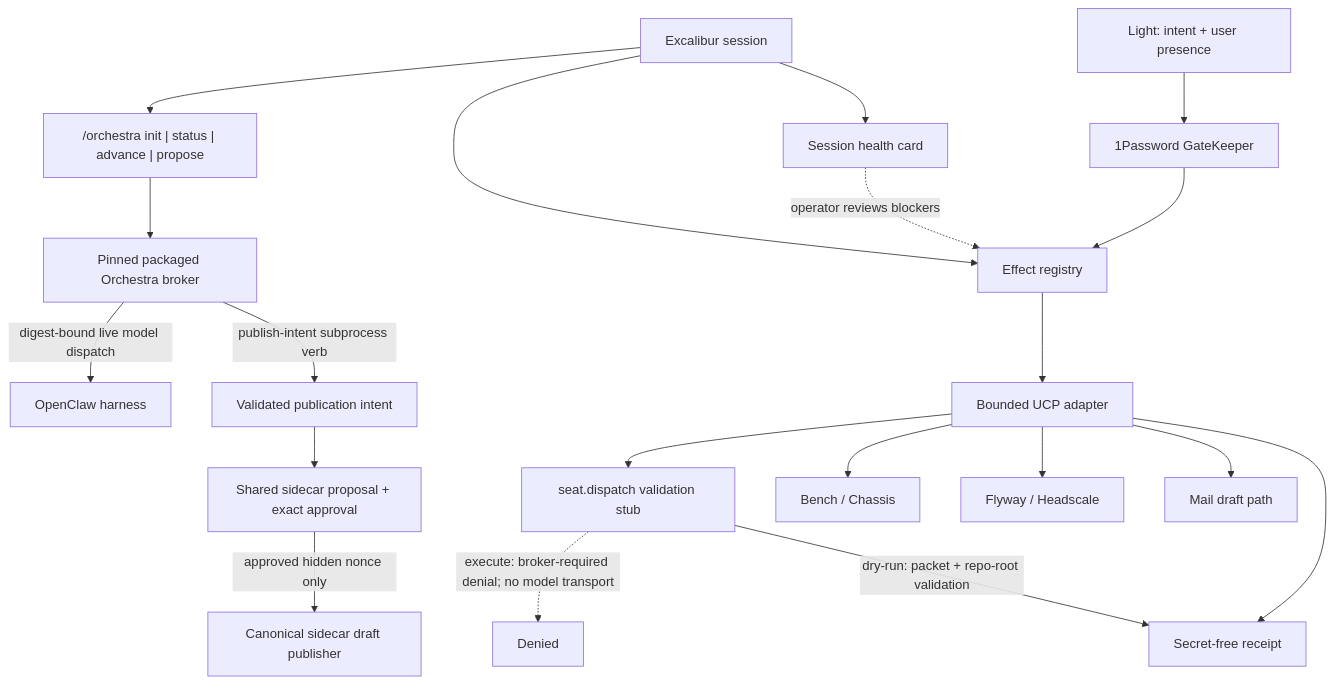
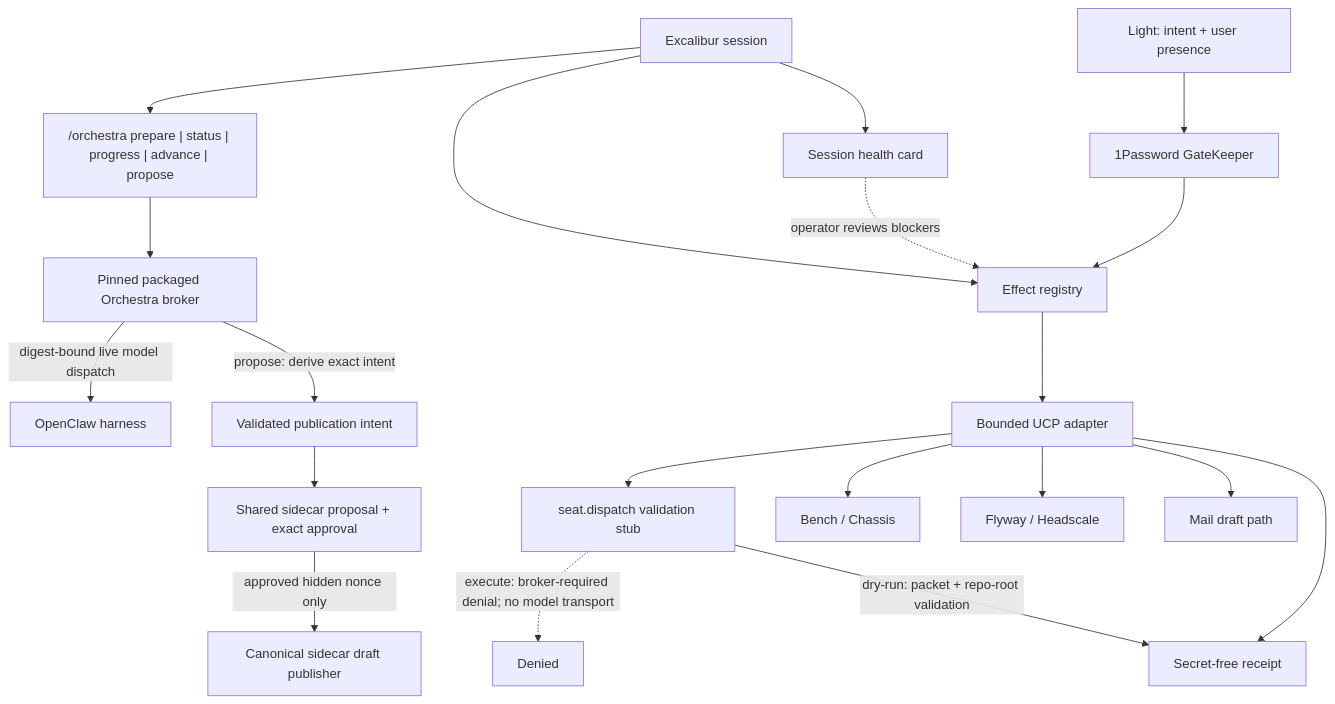
Before and after one commit to BenchAGI/bench-cli: the second of 2 diagrams in docs/ucp/ARCHITECTURE.md, drawn with Mermaid. The commit also changed other lines of this file and 38 other files, not shown here.

````diff
--- a/docs/ucp/ARCHITECTURE.md
+++ b/docs/ucp/ARCHITECTURE.md
@@ -81,22 +82,22 @@
 ```mermaid
 flowchart TB
   O["Light: intent + user presence"] --> G["1Password GateKeeper"]
   S["Excalibur session"] --> H["Session health card"]
   S --> R["Effect registry"]
-  S --> OP["/orchestra init | status | advance | propose"]
+  S --> OP["/orchestra prepare | status | progress | advance | propose"]
   OP --> OB["Pinned packaged Orchestra broker"]
   OB -->|"digest-bound live model dispatch"| OC["OpenClaw harness"]
-  OB -->|"publish-intent subprocess verb"| PI["Validated publication intent"]
+  OB -->|"propose: derive exact intent"| PI["Validated publication intent"]
   PI --> SC["Shared sidecar proposal + exact approval"]
   SC -->|"approved hidden nonce only"| GH["Canonical sidecar draft publisher"]
   H -. "operator reviews blockers" .-> R
   G --> R
   R --> A["Bounded UCP adapter"]
   A --> SV["seat.dispatch validation stub"]
   SV -->|"dry-run: packet + repo-root validation"| W["Secret-free receipt"]
   SV -. "execute: broker-required denial; no model transport" .-> D["Denied"]
   A --> B["Bench / Chassis"]
   A --> M["Flyway / Headscale"]
   A --> C["Mail draft path"]
   A --> W
 ```
````
